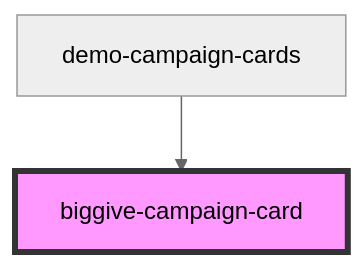
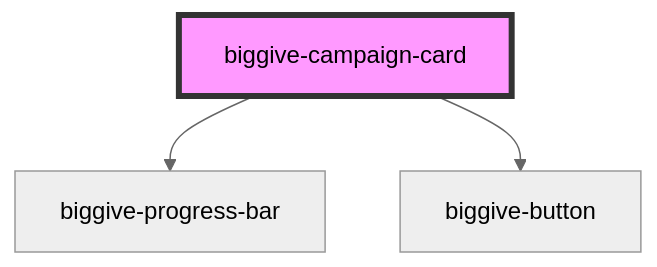
One commit to thebiggive/donate-frontend changed the diagram in src/components/biggive-campaign-card/readme.md. Above: the diagram before and after it, drawn with Mermaid (neutral theme). The commit also changed other lines of this file and 18 other files, not shown here.

````diff
--- a/src/components/biggive-campaign-card/readme.md
+++ b/src/components/biggive-campaign-card/readme.md
@@ -35,5 +34,6 @@
 ```mermaid
 graph TD;
-  demo-campaign-cards --> biggive-campaign-card
+  biggive-campaign-card --> biggive-progress-bar
+  biggive-campaign-card --> biggive-button
   style biggive-campaign-card fill:#f9f,stroke:#333,stroke-width:4px
 ```
````
